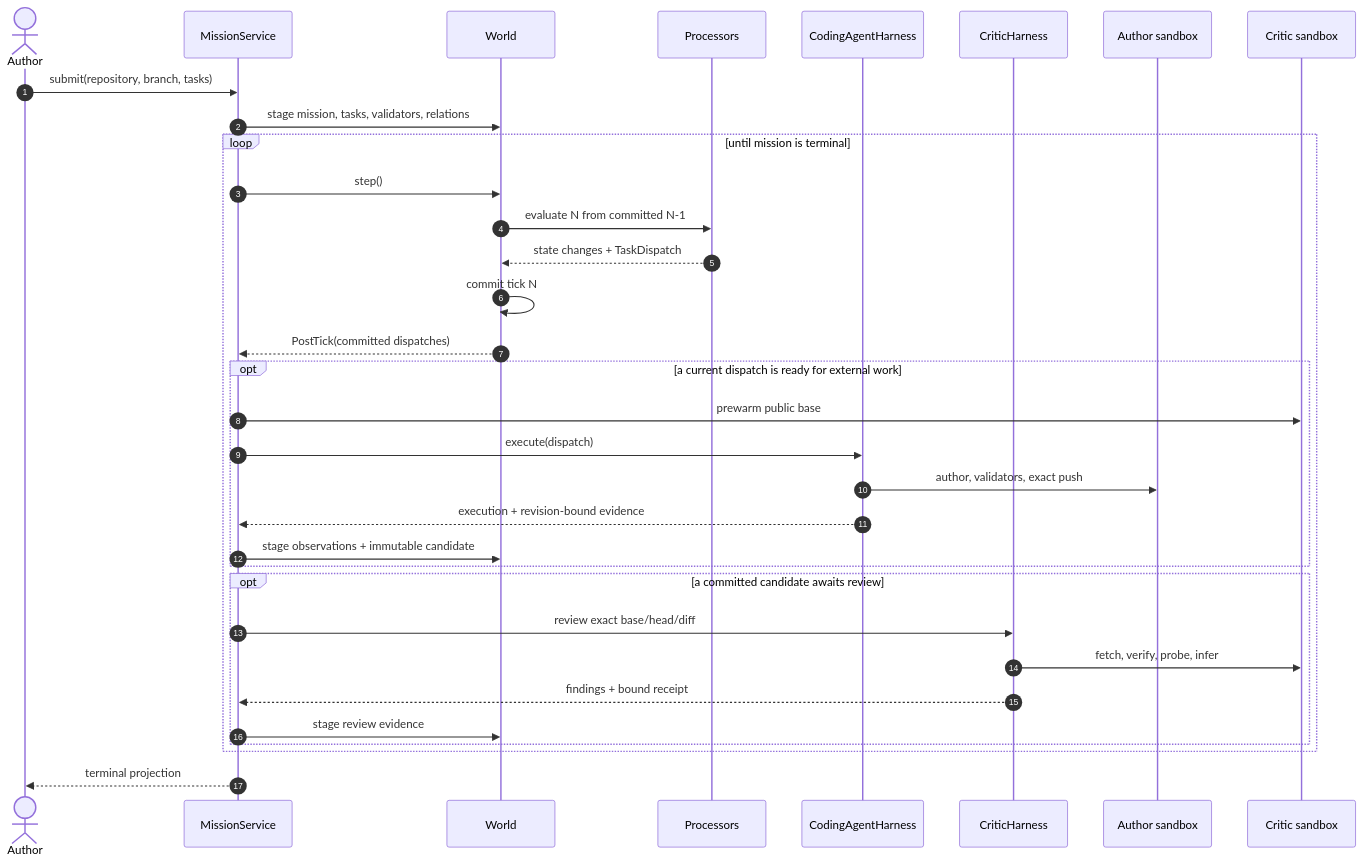
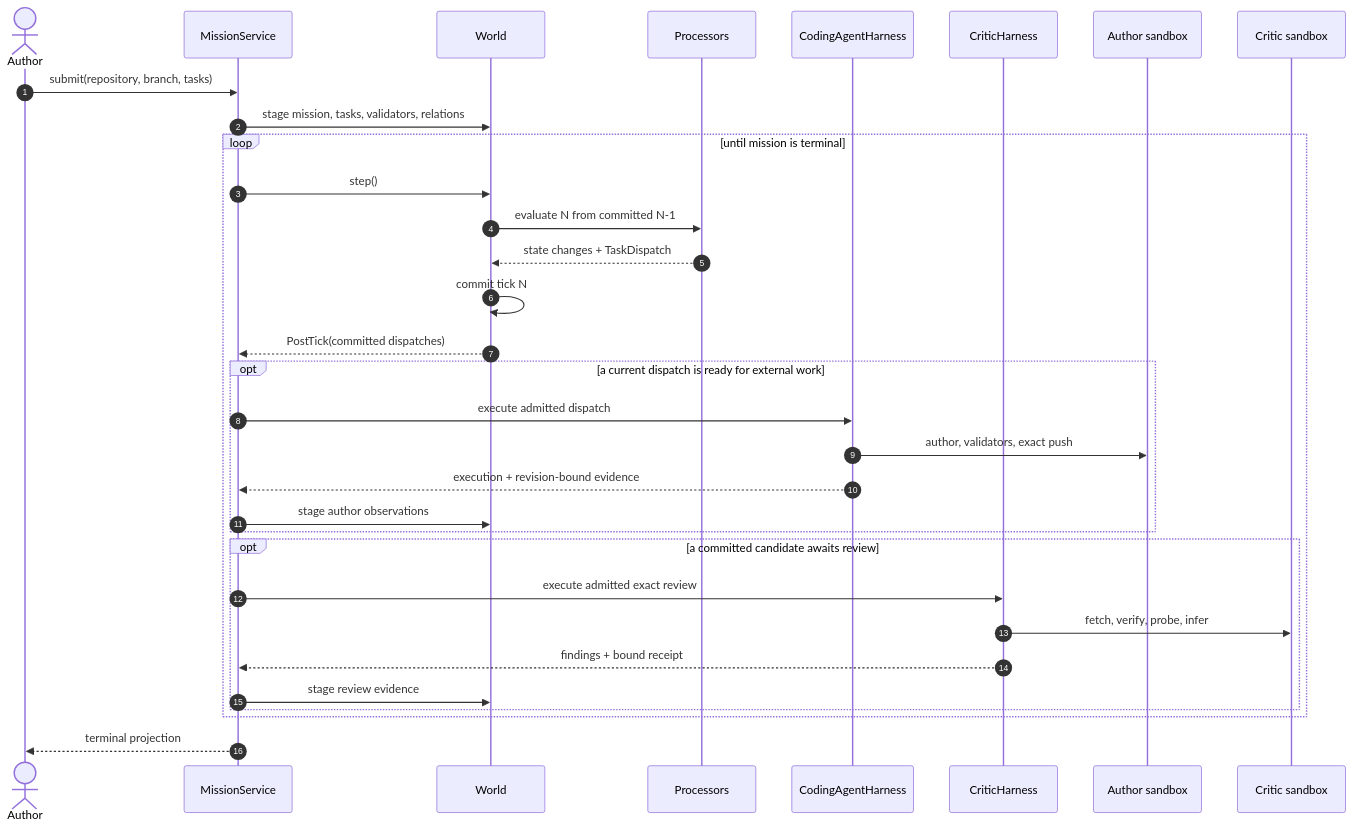
One commit to VangelisTech/archetype changed the second of 3 diagrams in docs/guide/agent-missions.md. Above: the diagram before and after it, drawn with Mermaid. The commit also changed other lines of this file and 78 other files, not shown here.

````diff
--- a/docs/guide/agent-missions.md
+++ b/docs/guide/agent-missions.md
@@ -231,38 +231,37 @@
 ```mermaid
 sequenceDiagram
     autonumber
     actor Author
     participant Service as MissionService
     participant World
     participant Processors
     participant AuthorHarness as CodingAgentHarness
     participant CriticHarness
     participant AuthorBox as Author sandbox
     participant CriticBox as Critic sandbox
 
     Author->>Service: submit(repository, branch, tasks)
     Service->>World: stage mission, tasks, validators, relations
 
     loop until mission is terminal
         Service->>World: step()
         World->>Processors: evaluate N from committed N-1
         Processors-->>World: state changes + TaskDispatch
         World->>World: commit tick N
         World-->>Service: PostTick(committed dispatches)
         opt a current dispatch is ready for external work
-            Service->>CriticBox: prewarm public base
-            Service->>AuthorHarness: execute(dispatch)
+            Service->>AuthorHarness: execute admitted dispatch
             AuthorHarness->>AuthorBox: author, validators, exact push
             AuthorHarness-->>Service: execution + revision-bound evidence
-            Service->>World: stage observations + immutable candidate
+            Service->>World: stage author observations
         end
         opt a committed candidate awaits review
-            Service->>CriticHarness: review exact base/head/diff
+            Service->>CriticHarness: execute admitted exact review
             CriticHarness->>CriticBox: fetch, verify, probe, infer
             CriticHarness-->>Service: findings + bound receipt
             Service->>World: stage review evidence
         end
     end
 
     Service-->>Author: terminal projection
 ```
````
